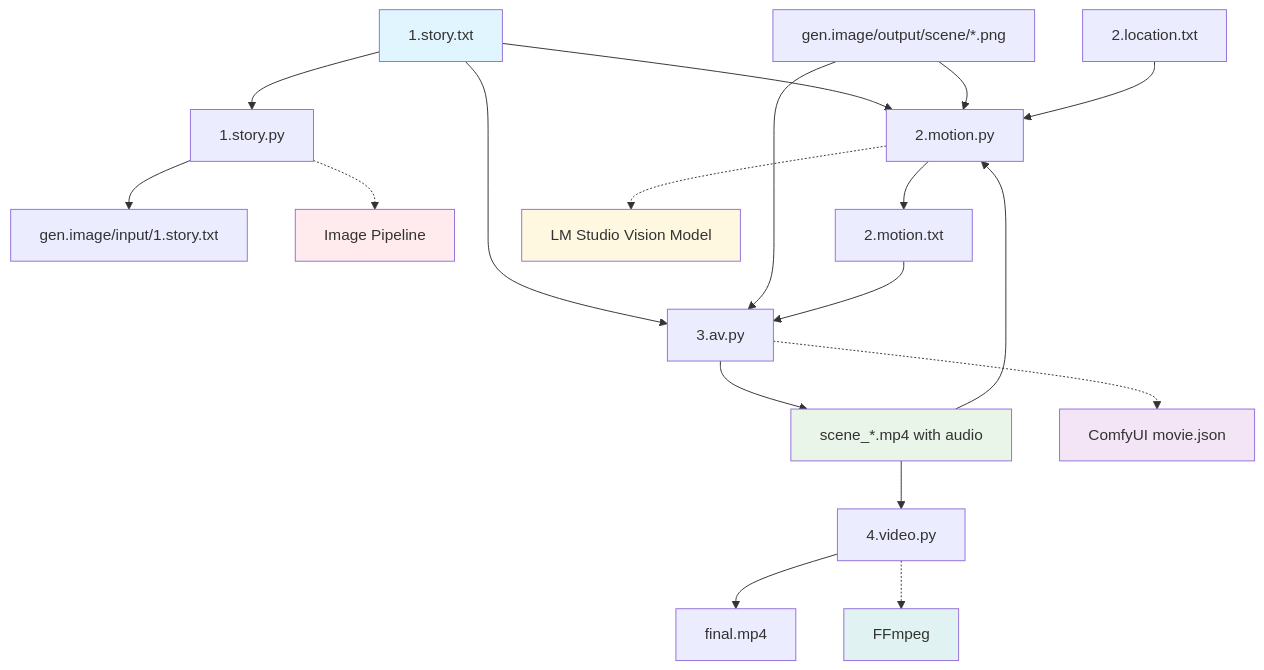
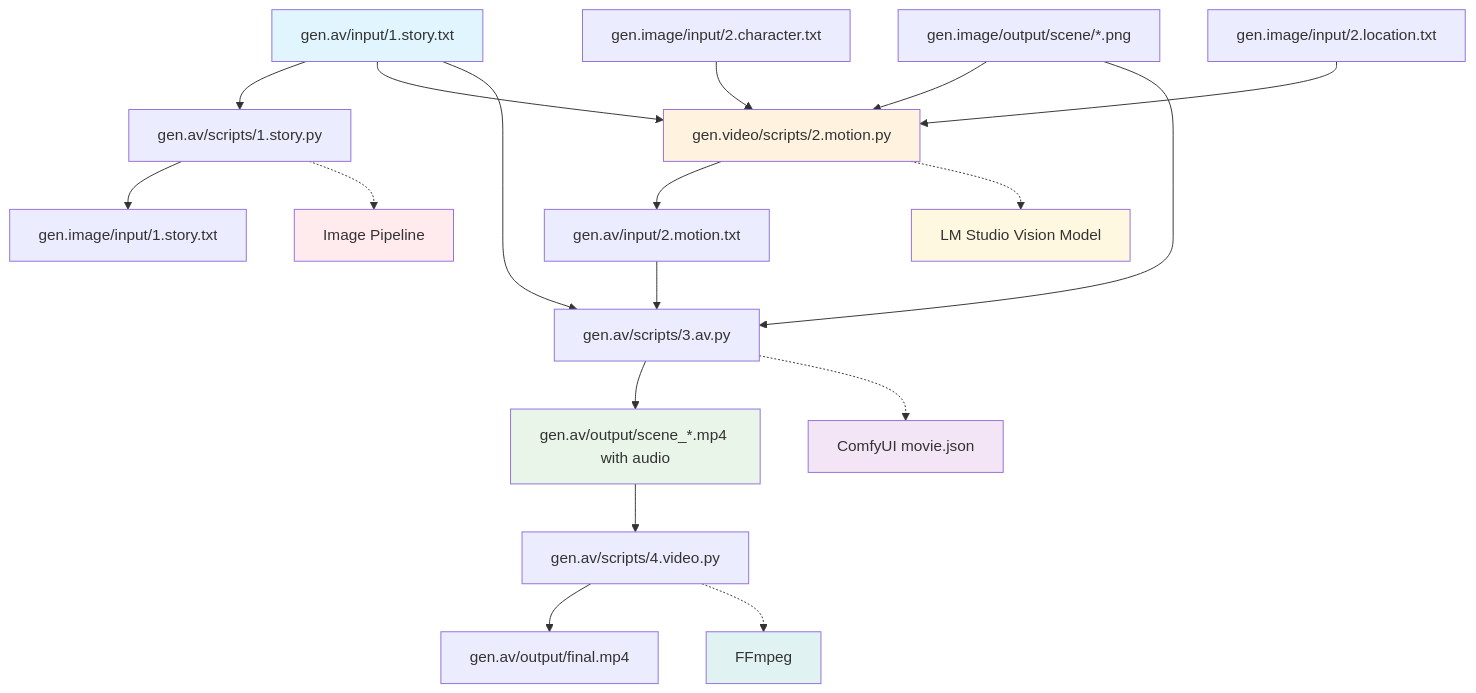
Before and after one commit to prskid1000/AI-Content-Pipelines: the fourth of 4 diagrams in README.md, drawn with Mermaid. The commit also changed other lines of this file and 19 other files, not shown here.

````diff
--- a/README.md
+++ b/README.md
@@ -1121,30 +1175,31 @@
 ```mermaid
 graph TD
-    A[1.story.txt] --> B[1.story.py]
+    A[gen.av/input/1.story.txt] --> B[gen.av/scripts/1.story.py]
     B --> C[gen.image/input/1.story.txt]
     B -.-> D[Image Pipeline]
     
-    A --> E[2.motion.py]
+    A --> E[gen.video/scripts/2.motion.py]
     F[gen.image/output/scene/*.png] --> E
-    L[2.character.txt] --> E
-    K[2.location.txt] --> E
-    E --> G[2.motion.txt]
+    L[gen.image/input/2.character.txt] --> E
+    K[gen.image/input/2.location.txt] --> E
+    E --> G[gen.av/input/2.motion.txt]
     E -.-> H[LM Studio Vision Model]
     
-    A --> I[3.av.py]
+    A --> I[gen.av/scripts/3.av.py]
     F --> I
     G --> I
-    I --> L[scene_*.mp4 with audio]
+    I --> L2[gen.av/output/scene_*.mp4 with audio]
     I -.-> M[ComfyUI movie.json]
     
-    L --> N[4.video.py]
-    N --> O[final.mp4]
+    L2 --> N[gen.av/scripts/4.video.py]
+    N --> O[gen.av/output/final.mp4]
     N -.-> P[FFmpeg]
     
     style A fill:#e1f5fe
     style H fill:#fff8e1
     style M fill:#f3e5f5
     style P fill:#e0f2f1
     style D fill:#ffebee
-    style L fill:#e8f5e8
+    style L2 fill:#e8f5e8
+    style E fill:#fff3e0
 ```
````
